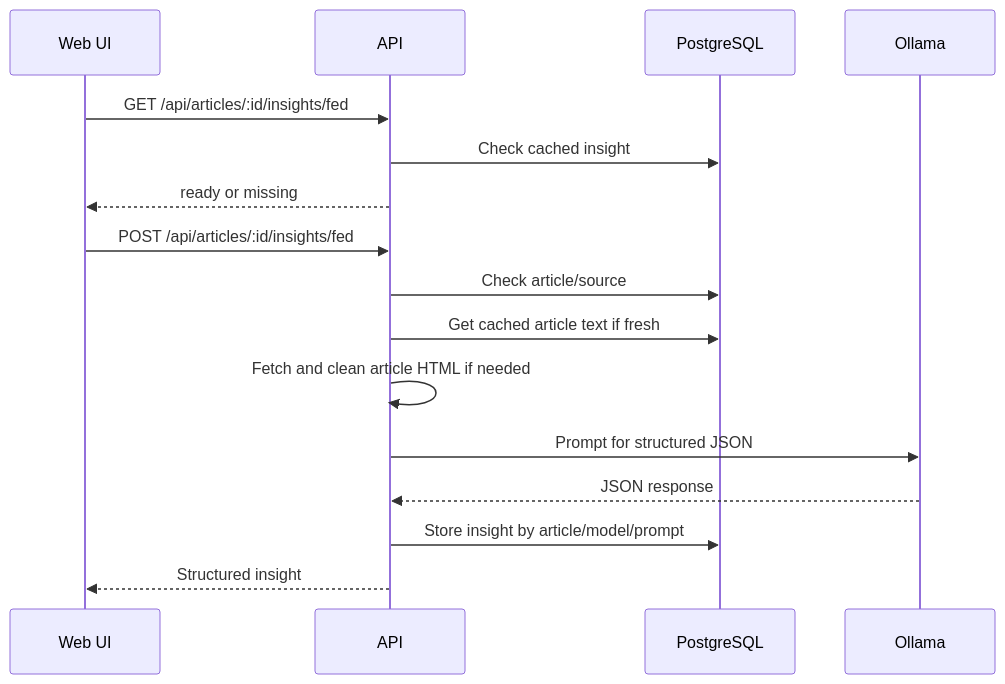
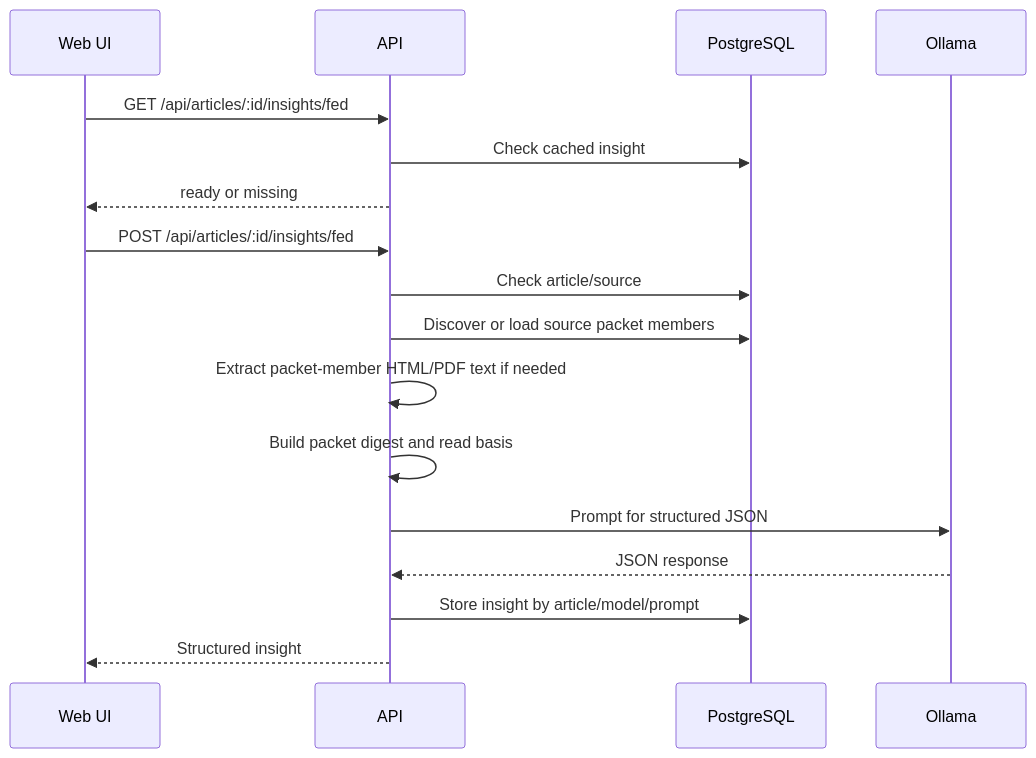
The second of 2 diagrams in ARCHITECTURE.md (josephhailu/news-aggregator), drawn with Mermaid before and after one commit. The commit also changed other lines of this file and 23 other files, not shown here.

Commit message:
Add source packet policy read pipeline

````diff
--- a/ARCHITECTURE.md
+++ b/ARCHITECTURE.md
@@ -119,20 +126,21 @@
 ```mermaid
 sequenceDiagram
   participant UI as Web UI
   participant API as API
   participant DB as PostgreSQL
   participant Model as Ollama
 
   UI->>API: GET /api/articles/:id/insights/fed
   API->>DB: Check cached insight
   API-->>UI: ready or missing
 
   UI->>API: POST /api/articles/:id/insights/fed
   API->>DB: Check article/source
-  API->>DB: Get cached article text if fresh
-  API->>API: Fetch and clean article HTML if needed
+  API->>DB: Discover or load source packet members
+  API->>API: Extract packet-member HTML/PDF text if needed
+  API->>API: Build packet digest and read basis
   API->>Model: Prompt for structured JSON
   Model-->>API: JSON response
   API->>DB: Store insight by article/model/prompt
   API-->>UI: Structured insight
 ```
````
